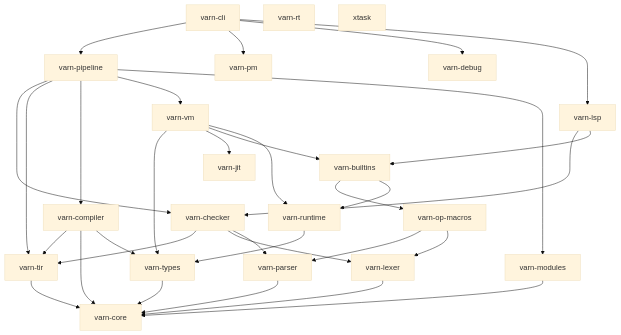
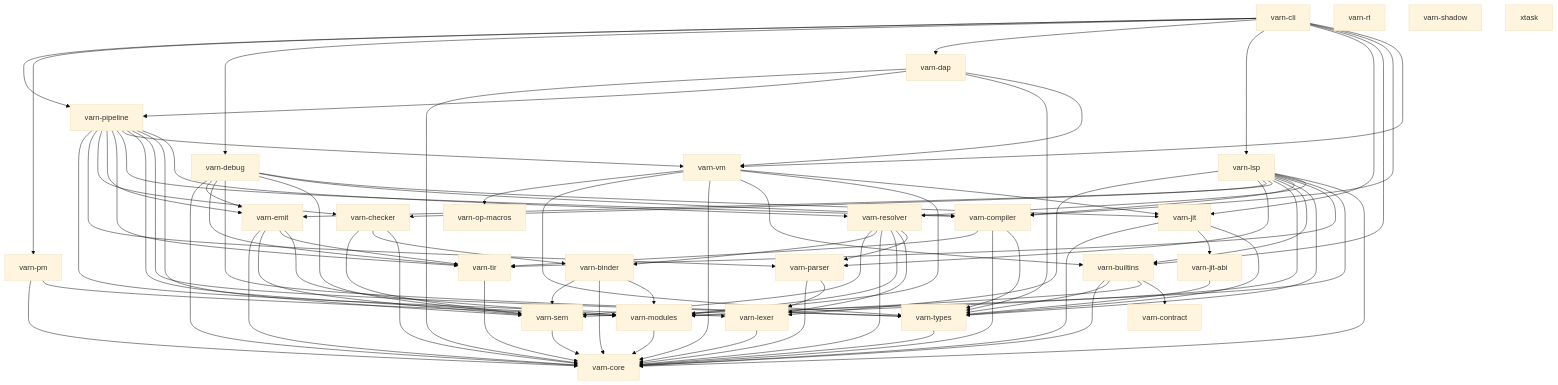
The diagram in docs/CRATES_STATE.md (carlos-burelo/varn), drawn with Mermaid (base theme) before and after one commit. The commit also changed other lines of this file and 74 other files, not shown here.

````diff
--- a/docs/CRATES_STATE.md
+++ b/docs/CRATES_STATE.md
@@ -24,40 +24,103 @@
     CLI["varn-cli"] --> Pipeline["varn-pipeline"]
     CLI --> PM["varn-pm"]
     CLI --> Debug["varn-debug"]
+    CLI --> DAP["varn-dap"]
+    CLI --> LSP["varn-lsp"]
+    CLI --> JIT["varn-jit"]
+    CLI --> Builtins["varn-builtins"]
+    CLI --> Opt["varn-compiler"]
+    CLI --> VM["varn-vm"]
 
+    Pipeline --> Lexer["varn-lexer"]
+    Pipeline --> Parser["varn-parser"]
     Pipeline --> Checker["varn-checker"]
+    Pipeline --> Emit["varn-emit"]
     Pipeline --> TIR["varn-tir"]
-    Pipeline --> Opt["varn-compiler"]
-    Pipeline --> VM["varn-vm"]
+    Pipeline --> Opt
+    Pipeline --> VM
     Pipeline --> Modules["varn-modules"]
+    Pipeline --> Types["varn-types"]
+    Pipeline --> Sem["varn-sem"]
+    Pipeline --> Resolver["varn-resolver"]
 
-    Checker --> TIR
+    Checker --> Sem
+    Checker --> Binder["varn-binder"]
+    Checker --> Core["varn-core"]
+
+    Emit --> Core
+    Emit --> Sem
+    Emit --> TIR
+    Emit --> Modules
+
+    Resolver --> Sem
+    Resolver --> Binder
+    Resolver --> Core
+    Resolver --> Modules
+    Resolver --> Lexer
+    Resolver --> Parser
+
+    Binder --> Sem
+    Binder --> Core
+    Binder --> Modules
+
     Opt --> TIR
-    Opt --> Core["varn-core"]
-    Opt --> Types["varn-types"]
+    Opt --> Core
+    Opt --> Types
 
+    VM --> OpMacros["varn-op-macros"]
     VM --> Types
-    VM --> JIT["varn-jit"]
-    VM --> Builtins["varn-builtins"]
-    VM --> Runtime["varn-runtime"]
+    VM --> Core
+    VM --> Builtins
+    VM --> Modules
+    VM --> JIT
 
-    Builtins --> OpMacros["varn-op-macros"]
-    Builtins --> Runtime
-    OpMacros --> Parser["varn-parser"]
-    OpMacros --> Lexer["varn-lexer"]
+    JIT --> Core
+    JIT --> JITABI["varn-jit-abi"]
+    JIT --> Types
+    JITABI --> Types
 
-    Checker --> Lexer
-    Checker --> Parser
-    CLI --> LSP["varn-lsp"]
+    Builtins --> Core
+    Builtins --> Types
+    Builtins --> Modules
+    Builtins --> Contract["varn-contract"]
+
+    LSP --> Lexer
+    LSP --> Parser
     LSP --> Checker
+    LSP --> Emit
+    LSP --> Modules
     LSP --> Builtins
+    LSP --> Types
+    LSP --> Opt
+    LSP --> TIR
+    LSP --> Sem
+    LSP --> Resolver
+    LSP --> Core
 
-    Types --> Core
-    Runtime --> Types
+    Debug --> Core
+    Debug --> Emit
+    Debug --> TIR
+    Debug --> Types
+    Debug --> Sem
+    Debug --> Opt
+    Debug --> JIT
+
+    DAP --> Core
+    DAP --> Pipeline
+    DAP --> Types
+    DAP --> VM
+
+    PM --> Core
+    PM --> Modules
+
     Lexer --> Core
     Parser --> Core
+    Parser --> Lexer
+    TIR --> Core
+    Types --> Core
+    Sem --> Core
     Modules --> Core
-    TIR --> Core
     RT["varn-rt"]
+    Shadow["varn-shadow"]
     Xtask["xtask"]
 ```
````
